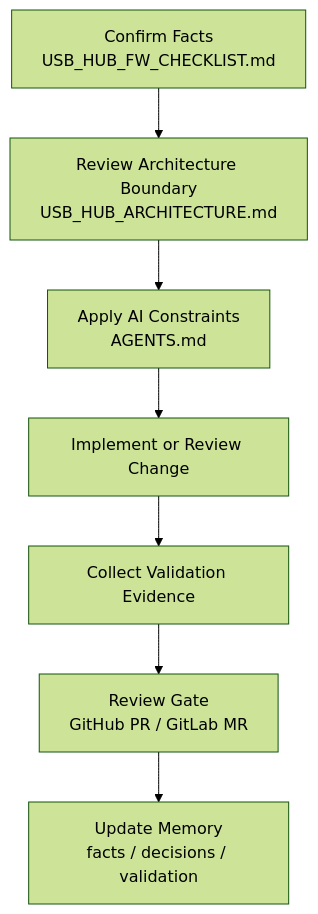
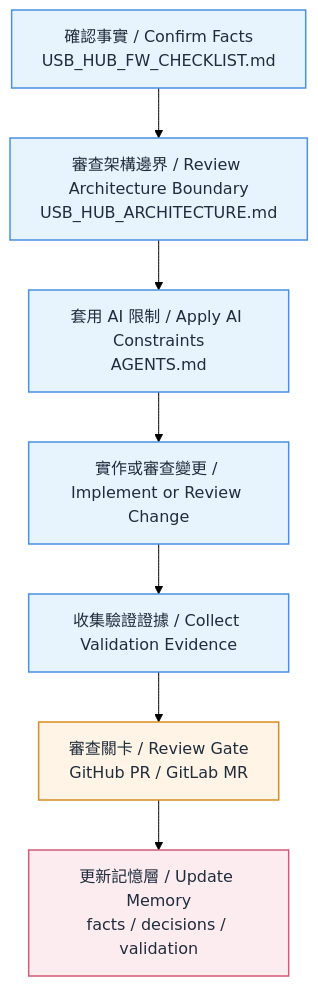
One commit to GavinWu672/USB-Hub-Firmware-Architecture-Contract changed the second of 2 diagrams in README.md. Above: the diagram before and after it, drawn with Mermaid (forest theme). The commit also changed other lines of this file, not shown here.

Commit message:
docs: localize governance flow diagram styling

````diff
--- a/README.md
+++ b/README.md
@@ -117,17 +117,25 @@
 ```mermaid
 flowchart TD
-    A[Confirm Facts<br/>USB_HUB_FW_CHECKLIST.md]
-    B[Review Architecture Boundary<br/>USB_HUB_ARCHITECTURE.md]
-    C[Apply AI Constraints<br/>AGENTS.md]
-    D[Implement or Review Change]
-    E[Collect Validation Evidence]
-    F[Review Gate<br/>GitHub PR / GitLab MR]
-    G[Update Memory<br/>facts / decisions / validation]
+    classDef step fill:#E8F4FD,stroke:#4A90E2,stroke-width:1.5px,color:#1F2D3D;
+    classDef review fill:#FFF4E5,stroke:#D98C1F,stroke-width:1.5px,color:#1F2D3D;
+    classDef memory fill:#FDECEF,stroke:#D45A7A,stroke-width:1.5px,color:#1F2D3D;
+
+    A["確認事實 / Confirm Facts<br/>USB_HUB_FW_CHECKLIST.md"]
+    B["審查架構邊界 / Review Architecture Boundary<br/>USB_HUB_ARCHITECTURE.md"]
+    C["套用 AI 限制 / Apply AI Constraints<br/>AGENTS.md"]
+    D["實作或審查變更 / Implement or Review Change"]
+    E["收集驗證證據 / Collect Validation Evidence"]
+    F["審查關卡 / Review Gate<br/>GitHub PR / GitLab MR"]
+    G["更新記憶層 / Update Memory<br/>facts / decisions / validation"]
 
     A --> B
     B --> C
     C --> D
     D --> E
     E --> F
     F --> G
+
+    class A,B,C,D,E step;
+    class F review;
+    class G memory;
 ```
````
